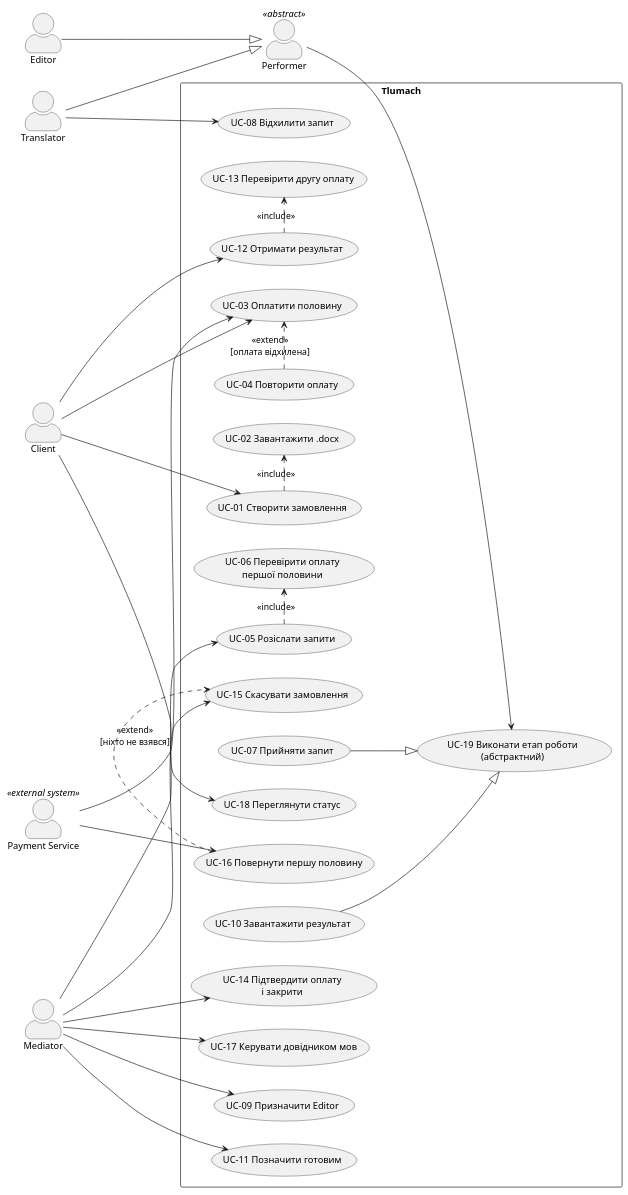
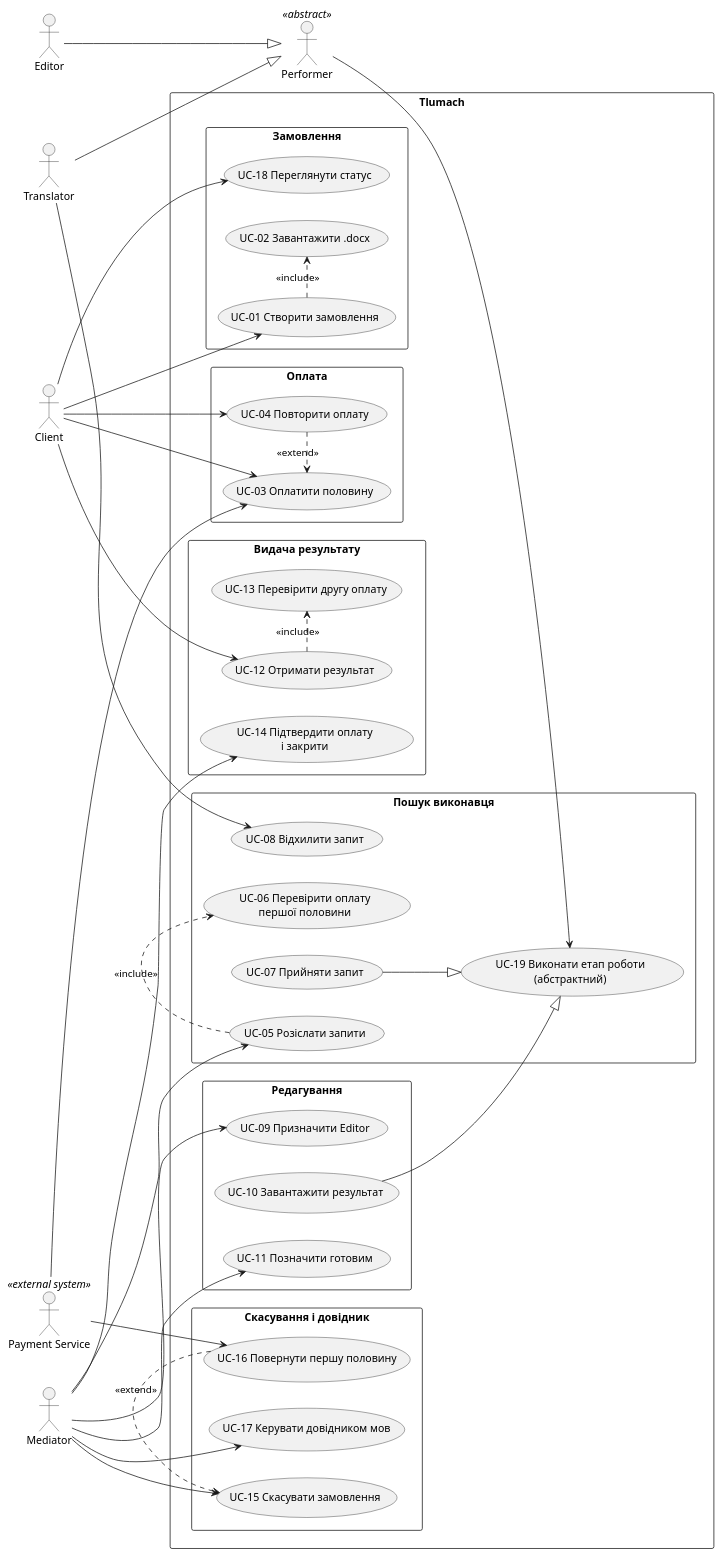
The diagram in lab-2/diagrams/use-case.puml (d4xaris/tlumach), drawn with PlantUML before and after one commit. The commit also changed 3 other files, not shown here.

Commit message:
docs(lab-2): update audit, use case diagram and prompt log after review

```diff
--- a/lab-2/diagrams/use-case.puml
+++ b/lab-2/diagrams/use-case.puml
@@ -1,60 +1,75 @@
 @startuml
 left to right direction
-skinparam actorStyle awesome
+skinparam dpi 110
+skinparam shadowing false
+skinparam packageStyle rectangle
 
 actor Client
 actor Mediator
 actor "Performer" as Performer <<abstract>>
 actor Translator
 actor Editor
 actor "Payment Service" as PS <<external system>>
 
 Translator --|> Performer
 Editor --|> Performer
 
 rectangle "Tlumach" {
-  usecase "UC-01 Створити замовлення" as UC01
-  usecase "UC-02 Завантажити .docx" as UC02
-  usecase "UC-03 Оплатити половину" as UC03
-  usecase "UC-04 Повторити оплату" as UC04
-  usecase "UC-05 Розіслати запити" as UC05
-  usecase "UC-06 Перевірити оплату\nпершої половини" as UC06
-  usecase "UC-07 Прийняти запит" as UC07
-  usecase "UC-08 Відхилити запит" as UC08
-  usecase "UC-09 Призначити Editor" as UC09
-  usecase "UC-10 Завантажити результат" as UC10
-  usecase "UC-11 Позначити готовим" as UC11
-  usecase "UC-12 Отримати результат" as UC12
-  usecase "UC-13 Перевірити другу оплату" as UC13
-  usecase "UC-14 Підтвердити оплату\nі закрити" as UC14
-  usecase "UC-15 Скасувати замовлення" as UC15
-  usecase "UC-16 Повернути першу половину" as UC16
-  usecase "UC-17 Керувати довідником мов" as UC17
-  usecase "UC-18 Переглянути статус" as UC18
-  usecase "UC-19 Виконати етап роботи\n(абстрактний)" as UC19
+  rectangle "Замовлення" {
+    usecase "UC-01 Створити замовлення" as UC01
+    usecase "UC-02 Завантажити .docx" as UC02
+    usecase "UC-18 Переглянути статус" as UC18
+  }
+  rectangle "Оплата" {
+    usecase "UC-03 Оплатити половину" as UC03
+    usecase "UC-04 Повторити оплату" as UC04
+  }
+  rectangle "Пошук виконавця" {
+    usecase "UC-05 Розіслати запити" as UC05
+    usecase "UC-06 Перевірити оплату\nпершої половини" as UC06
+    usecase "UC-07 Прийняти запит" as UC07
+    usecase "UC-08 Відхилити запит" as UC08
+    usecase "UC-19 Виконати етап роботи\n(абстрактний)" as UC19
+  }
+  rectangle "Редагування" {
+    usecase "UC-09 Призначити Editor" as UC09
+    usecase "UC-10 Завантажити результат" as UC10
+    usecase "UC-11 Позначити готовим" as UC11
+  }
+  rectangle "Видача результату" {
+    usecase "UC-12 Отримати результат" as UC12
+    usecase "UC-13 Перевірити другу оплату" as UC13
+    usecase "UC-14 Підтвердити оплату\nі закрити" as UC14
+  }
+  rectangle "Скасування і довідник" {
+    usecase "UC-15 Скасувати замовлення" as UC15
+    usecase "UC-16 Повернути першу половину" as UC16
+    usecase "UC-17 Керувати довідником мов" as UC17
+  }
 }
 
 Client --> UC01
 Client --> UC03
+Client --> UC04
 Client --> UC12
 Client --> UC18
 Mediator --> UC05
 Mediator --> UC09
 Mediator --> UC11
 Mediator --> UC14
 Mediator --> UC15
 Mediator --> UC17
 Performer --> UC19
 Translator --> UC08
 PS --> UC03
 PS --> UC16
 
 UC07 --|> UC19
 UC10 --|> UC19
 
 UC01 .> UC02 : <<include>>
 UC05 .> UC06 : <<include>>
 UC12 .> UC13 : <<include>>
-UC04 .> UC03 : <<extend>>\n[оплата відхилена]
-UC16 .> UC15 : <<extend>>\n[ніхто не взявся]
+UC04 .> UC03 : <<extend>>
+UC16 .> UC15 : <<extend>>
 @enduml
```
